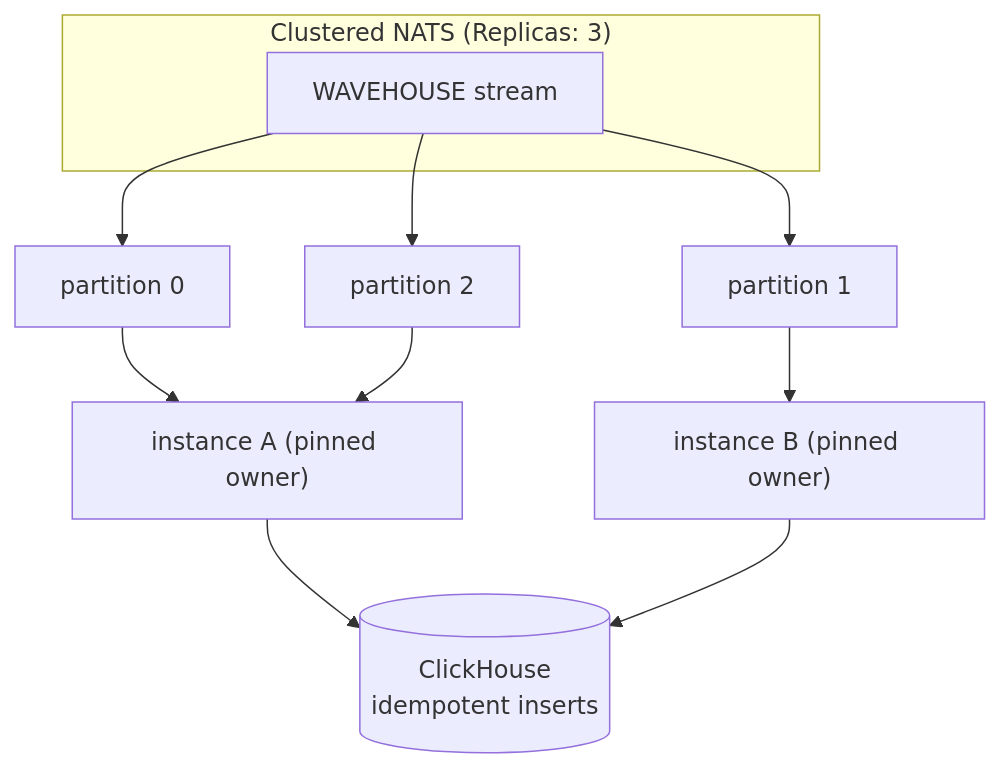
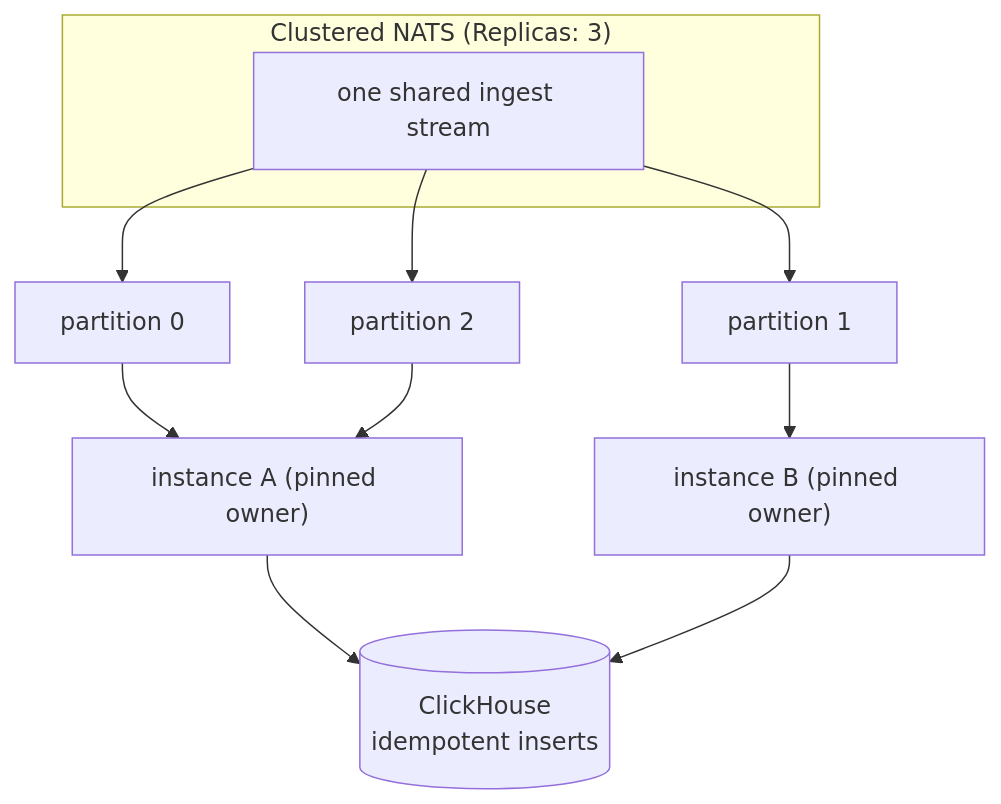
One commit to Wave-RF/WaveHouse changed the eighth of 8 diagrams in docs/src/content/docs/ingest-pipeline.md. Above: the diagram before and after it, drawn with Mermaid. The commit also changed other lines of this file and 35 other files, not shown here.

````diff
--- a/docs/src/content/docs/ingest-pipeline.md
+++ b/docs/src/content/docs/ingest-pipeline.md
@@ -248,14 +248,14 @@
 ```mermaid
 flowchart TD
     subgraph Cluster["Clustered NATS (Replicas: 3)"]
-        S["WAVEHOUSE stream"]
+        S["one shared ingest stream"]
     end
     S --> P0["partition 0"]
     S --> P1["partition 1"]
     S --> P2["partition 2"]
     P0 --> IA["instance A (pinned owner)"]
     P1 --> IB["instance B (pinned owner)"]
     P2 --> IA
     IA --> CH[("ClickHouse<br/>idempotent inserts")]
     IB --> CH
 ```
````
